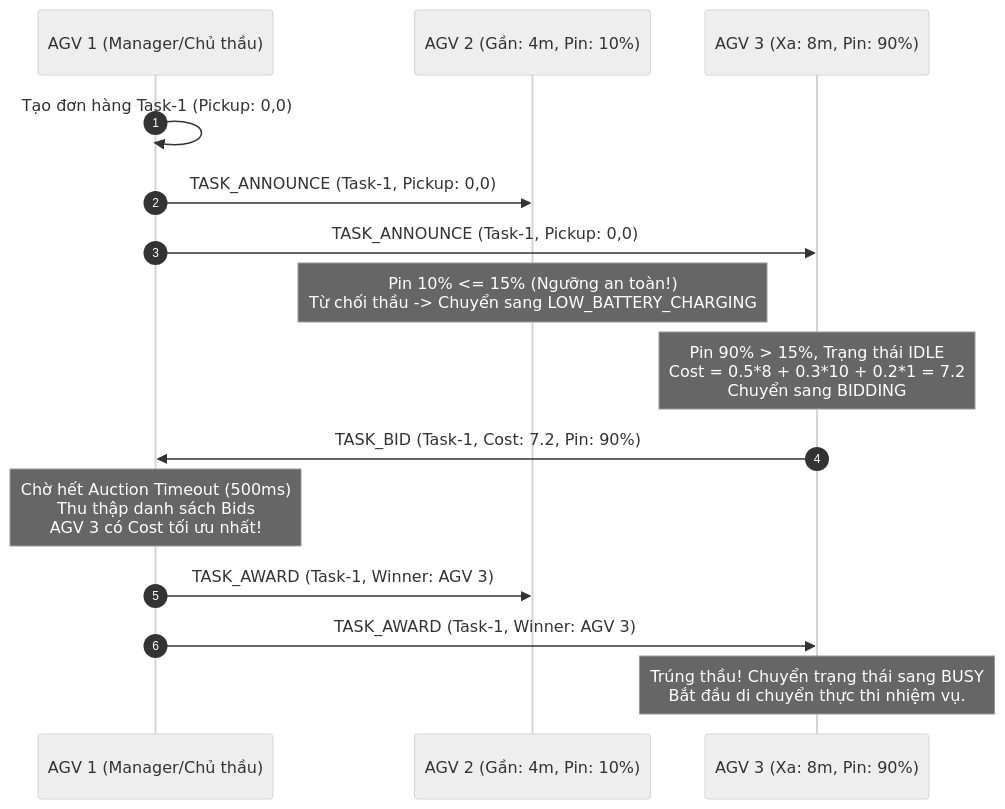
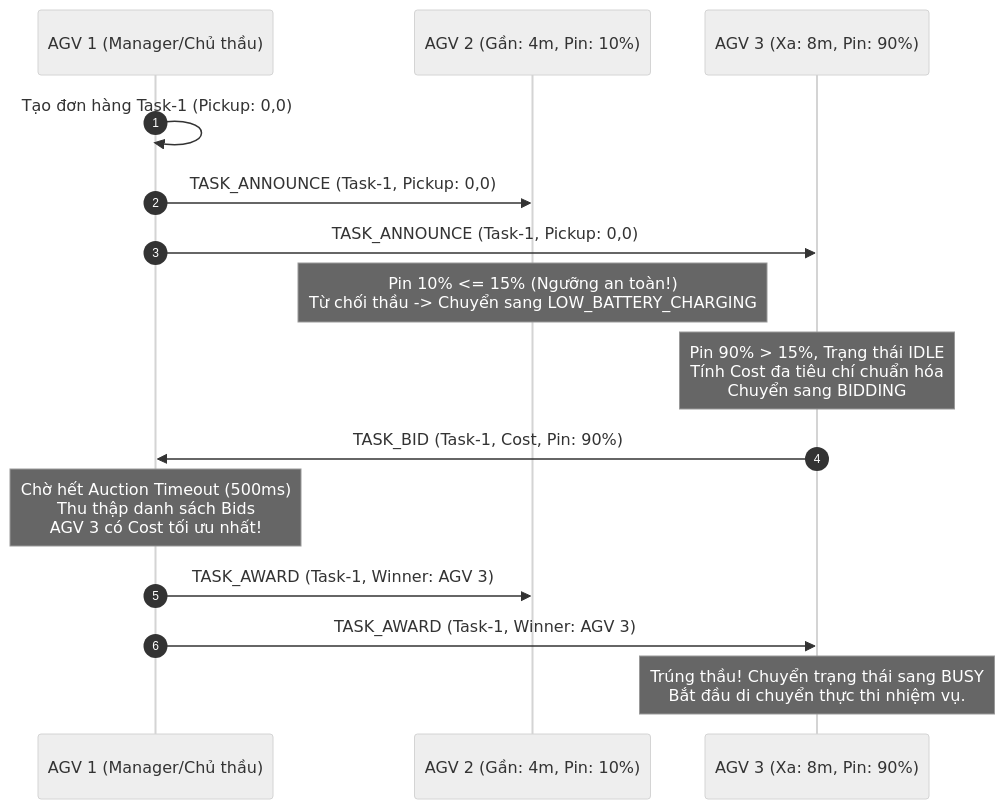
One commit to QuocAnh19/P2P-AGV-Fleet changed the fifth of 7 diagrams in ARCHITECTURE_AND_WORKFLOW.md. Above: the diagram before and after it, drawn with Mermaid (neutral theme). The commit also changed other lines of this file and 1 other file, not shown here.

Commit message:
docs: synchronize README and architecture specs with single-cycle demo and full test suite

````diff
--- a/ARCHITECTURE_AND_WORKFLOW.md
+++ b/ARCHITECTURE_AND_WORKFLOW.md
@@ -253,22 +265,22 @@
 ```mermaid
 sequenceDiagram
     autonumber
     participant Mgr as AGV 1 (Manager/Chủ thầu)
     participant AGV2 as AGV 2 (Gần: 4m, Pin: 10%)
     participant AGV3 as AGV 3 (Xa: 8m, Pin: 90%)
 
     Mgr->>Mgr: Tạo đơn hàng Task-1 (Pickup: 0,0)
     Mgr->>AGV2: TASK_ANNOUNCE (Task-1, Pickup: 0,0)
     Mgr->>AGV3: TASK_ANNOUNCE (Task-1, Pickup: 0,0)
 
     Note over AGV2: Pin 10% <= 15% (Ngưỡng an toàn!)<br/>Từ chối thầu -> Chuyển sang LOW_BATTERY_CHARGING
-    Note over AGV3: Pin 90% > 15%, Trạng thái IDLE<br/>Cost = 0.5*8 + 0.3*10 + 0.2*1 = 7.2<br/>Chuyển sang BIDDING
+    Note over AGV3: Pin 90% > 15%, Trạng thái IDLE<br/>Tính Cost đa tiêu chí chuẩn hóa<br/>Chuyển sang BIDDING
 
-    AGV3->>Mgr: TASK_BID (Task-1, Cost: 7.2, Pin: 90%)
+    AGV3->>Mgr: TASK_BID (Task-1, Cost, Pin: 90%)
     Note over Mgr: Chờ hết Auction Timeout (500ms)<br/>Thu thập danh sách Bids<br/>AGV 3 có Cost tối ưu nhất!
 
     Mgr->>AGV2: TASK_AWARD (Task-1, Winner: AGV 3)
     Mgr->>AGV3: TASK_AWARD (Task-1, Winner: AGV 3)
 
     Note over AGV3: Trúng thầu! Chuyển trạng thái sang BUSY<br/>Bắt đầu di chuyển thực thi nhiệm vụ.
 ```
````
